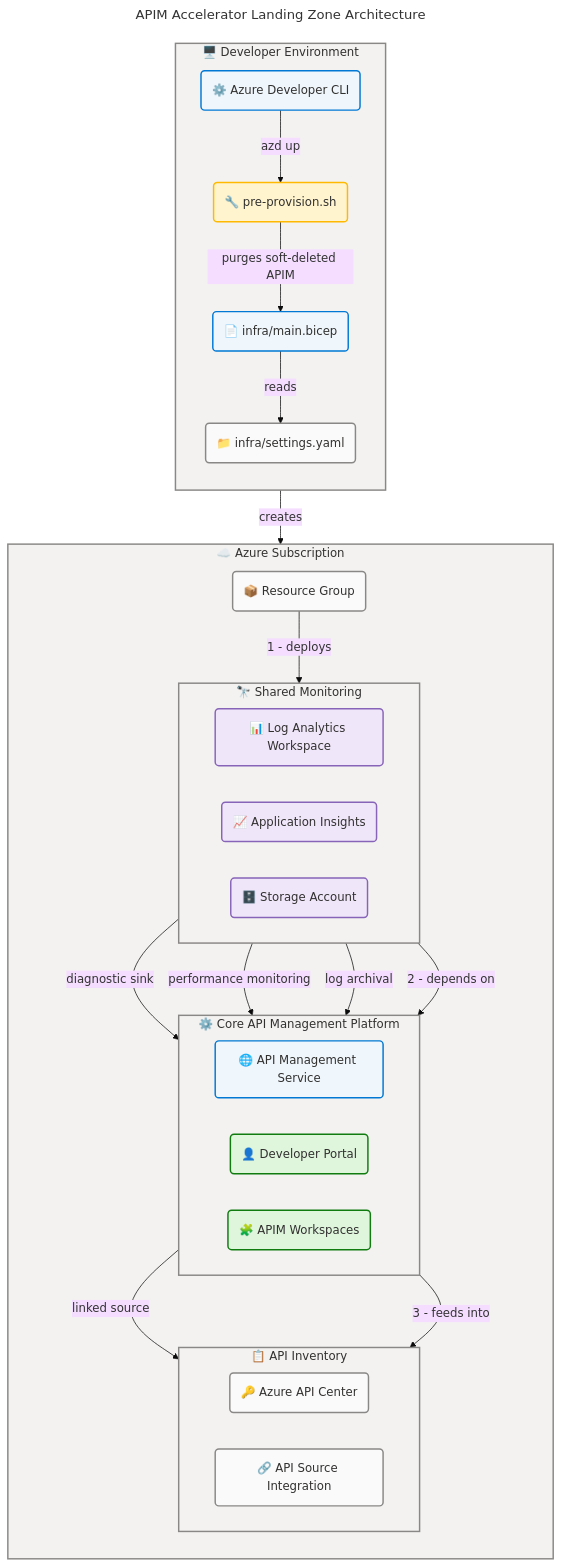
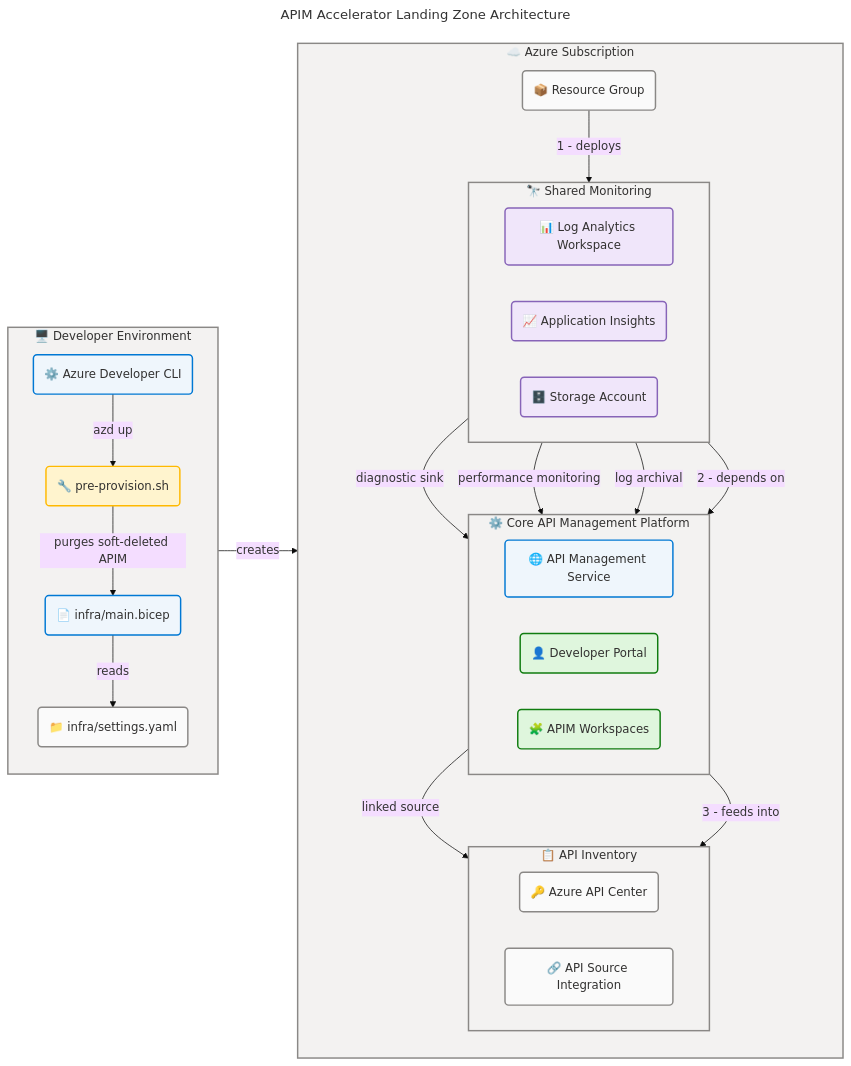
The diagram in README.md (Evilazaro/APIM-Accelerator), drawn with Mermaid before and after one commit.

Commit message:
Change flowchart direction from TB to LR

```diff
--- a/README.md
+++ b/README.md
@@ -97,7 +97,7 @@
   flowchart:
     htmlLabels: true
 ---
-flowchart TB
+flowchart LR
     accTitle: APIM Accelerator Landing Zone Architecture
     accDescr: End-to-end architecture of the APIM Accelerator showing azd CLI orchestration, Bicep modules, and deployed Azure resources grouped by shared monitoring, core platform, and API inventory layers
 
```
